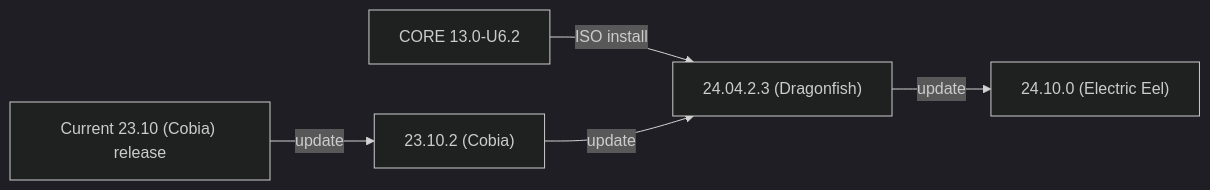
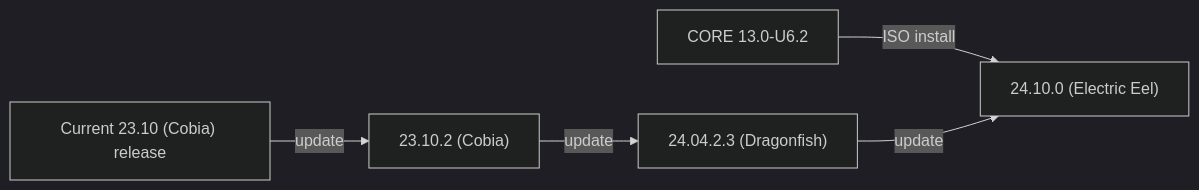
One commit to truenas/documentation changed the second of 2 diagrams in static/includes/SCALEUpgradePaths.md. Above: the diagram before and after it, drawn with Mermaid (dark theme). The commit also changed other lines of this file, not shown here.

```diff
--- a/static/includes/SCALEUpgradePaths.md
+++ b/static/includes/SCALEUpgradePaths.md
@@ -65,8 +65,8 @@
           {{< mermaid class="mermaid_sizing" >}}
           flowchart LR
-            A["CORE 13.0-U6.2"] -->|ISO install| D
+            A["CORE 13.0-U6.2"] -->|ISO install| E
             B["Current 23.10 (Cobia) release"] -->|update| C
             C["23.10.2 (Cobia)"] -->|update| D
             D["24.04.2.3 (Dragonfish)"]  -->|update| E
             E["24.10.0 (Electric Eel)"]
           {{< /mermaid >}}
```
